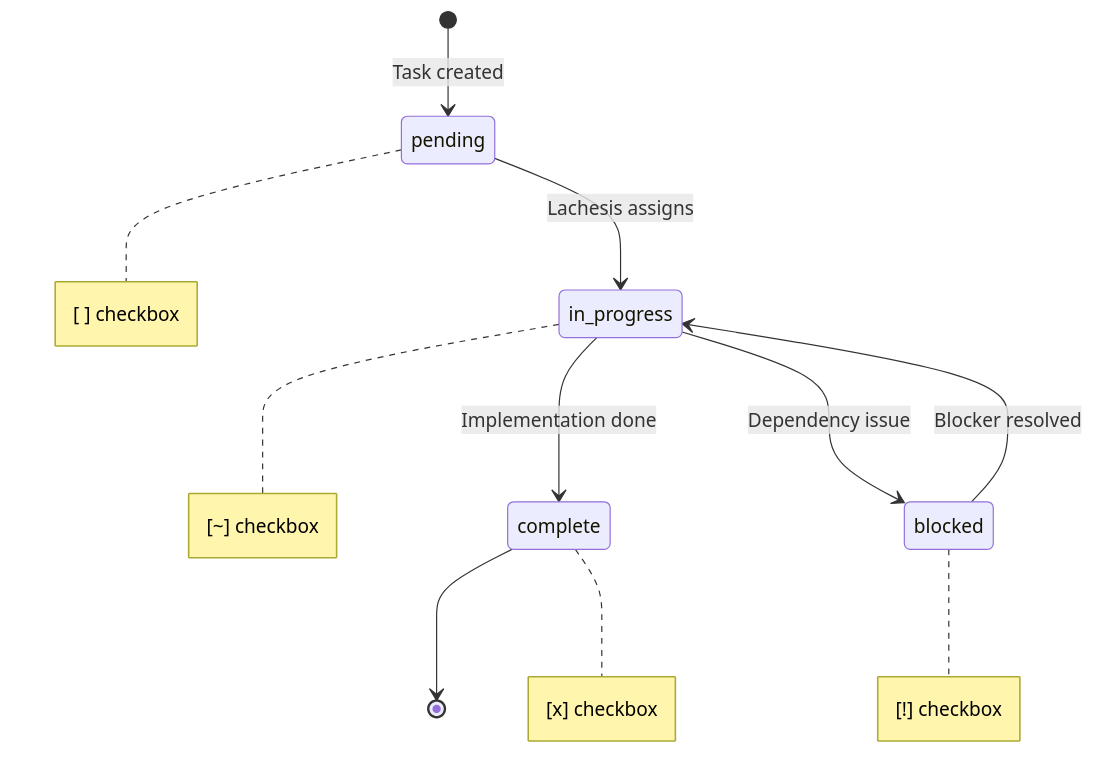
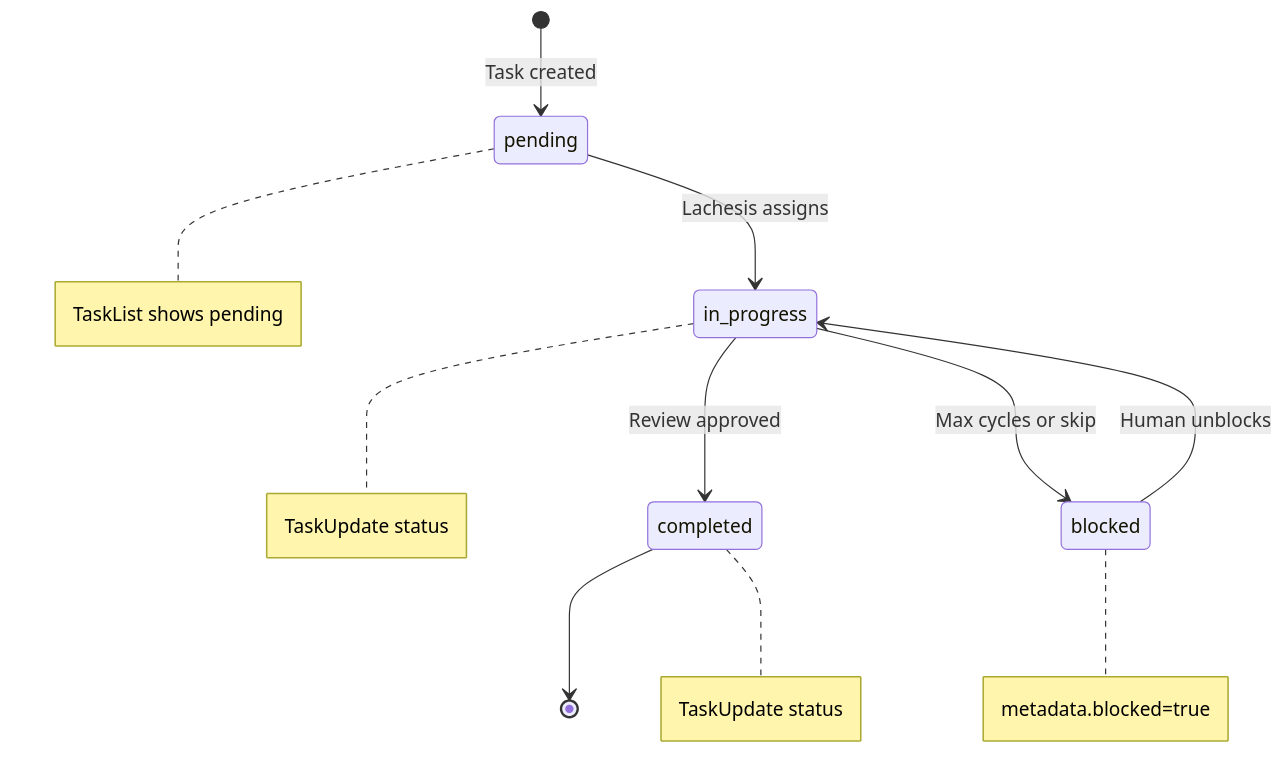
The sixth of 7 diagrams in loom/WORKFLOW.md (beingfrankly/loom), drawn with Mermaid before and after one commit. The commit also changed other lines of this file and 27 other files, not shown here.

````diff
--- a/loom/WORKFLOW.md
+++ b/loom/WORKFLOW.md
@@ -318,14 +283,14 @@
 ```mermaid
 stateDiagram-v2
     [*] --> pending: Task created
     pending --> in_progress: Lachesis assigns
-    in_progress --> complete: Implementation done
-    in_progress --> blocked: Dependency issue
-    blocked --> in_progress: Blocker resolved
-    complete --> [*]
+    in_progress --> completed: Review approved
+    in_progress --> blocked: Max cycles or skip
+    blocked --> in_progress: Human unblocks
+    completed --> [*]
 
-    note right of pending: [ ] checkbox
-    note right of in_progress: [~] checkbox
-    note right of complete: [x] checkbox
-    note right of blocked: [!] checkbox
+    note right of pending: TaskList shows pending
+    note right of in_progress: TaskUpdate status
+    note right of completed: TaskUpdate status
+    note right of blocked: metadata.blocked=true
 ```
````
